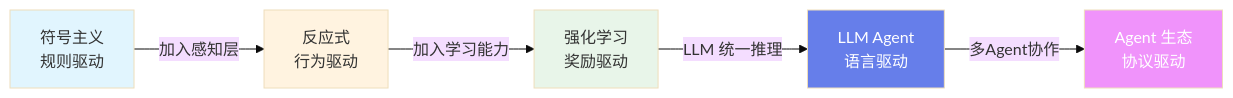
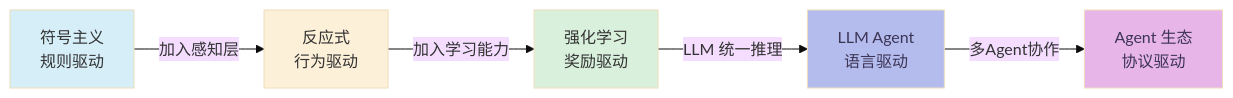
One commit to caoping0623/caoping0623.github.io changed the seventh of 12 diagrams in _posts/2026-04-15-ai-agent.md. Above: the diagram before and after it, drawn with Mermaid (base theme). The commit also changed other lines of this file and 2 other files, not shown here.

First line of the commit message:
feat: apply soft macaron pastel color scheme with beige background and rounded diagram containers

```diff
--- a/_posts/2026-04-15-ai-agent.md
+++ b/_posts/2026-04-15-ai-agent.md
@@ -227,13 +227,13 @@
 <div class="mermaid">
 graph LR
     A[符号主义<br/>规则驱动] -->|加入感知层| B[反应式<br/>行为驱动]
     B -->|加入学习能力| C[强化学习<br/>奖励驱动]
     C -->|LLM 统一推理| D[LLM Agent<br/>语言驱动]
     D -->|多Agent协作| E[Agent 生态<br/>协议驱动]
 
-    style A fill:#e1f5fe
-    style B fill:#fff3e0
-    style C fill:#e8f5e9
-    style D fill:#667eea,color:#fff
-    style E fill:#f093fb,color:#fff
+    style A fill:#d5eef8
+    style B fill:#fdf0d8
+    style C fill:#d8f0dc
+    style D fill:#b4bcee,color:#3d3556
+    style E fill:#e8b5e8,color:#3d3556
 </div>
```
